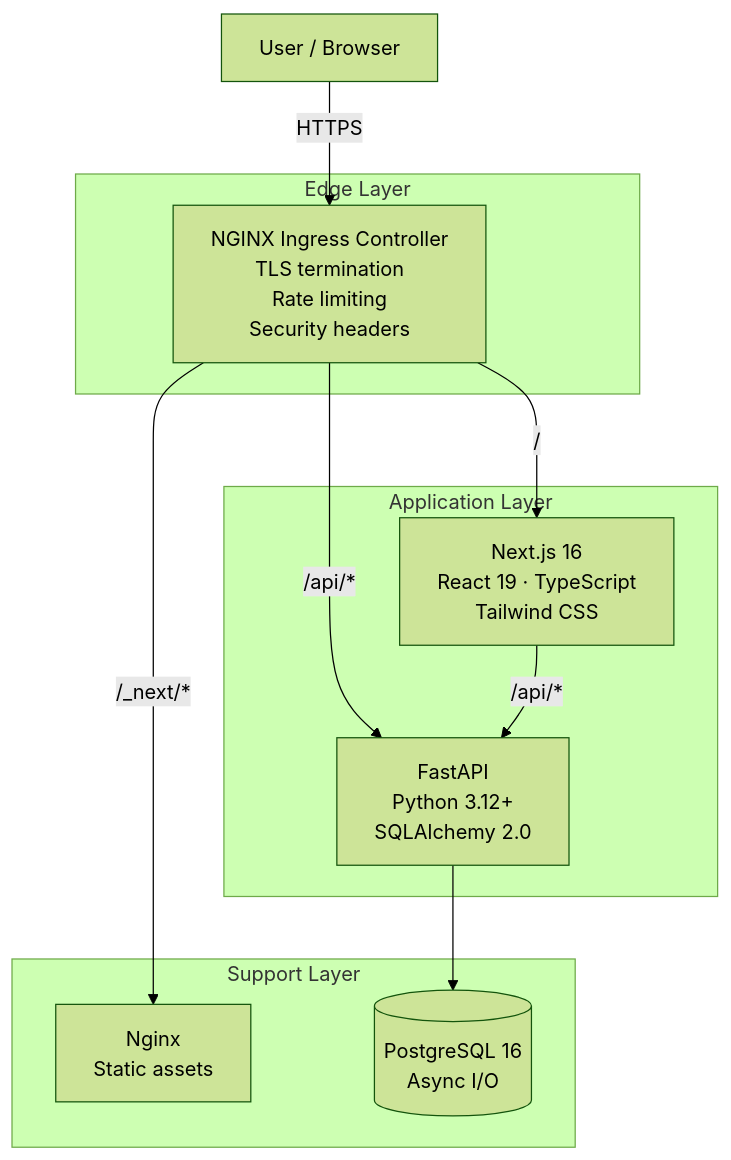
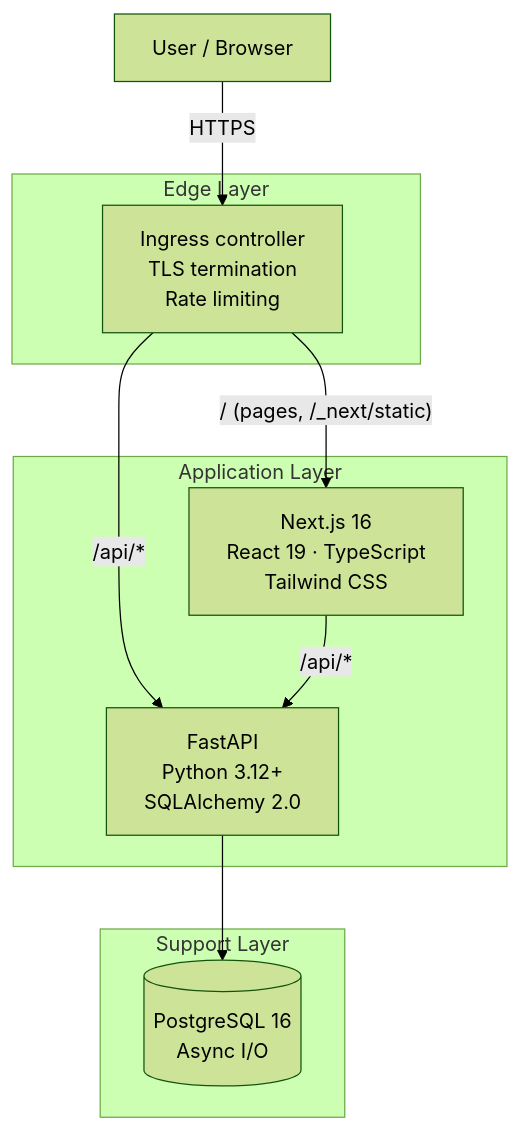
Before and after one commit to berserkhmdvhb/fullstack_template: the first of 6 diagrams in wiki/architecture.md, drawn with Mermaid (forest theme). The commit also changed other lines of this file and 24 other files, not shown here.

Commit message:
docs: describe the two-image architecture; the Next.js server serves its own assets

````diff
--- a/wiki/architecture.md
+++ b/wiki/architecture.md
@@ -23,25 +23,23 @@
 ```mermaid
 flowchart TB
     User["User / Browser"]
 
     subgraph Edge["Edge Layer"]
-        IC["NGINX Ingress Controller<br/>TLS termination<br/>Rate limiting<br/>Security headers"]
+        IC["Ingress controller<br/>TLS termination<br/>Rate limiting"]
     end
 
     subgraph App["Application Layer"]
         FE["Next.js 16<br/>React 19 · TypeScript<br/>Tailwind CSS"]
         BE["FastAPI<br/>Python 3.12+<br/>SQLAlchemy 2.0"]
     end
 
     subgraph Support["Support Layer"]
-        NGINX["Nginx<br/>Static assets"]
         DB[("PostgreSQL 16<br/>Async I/O")]
     end
 
     User -->|"HTTPS"| IC
-    IC -->|"/"| FE
+    IC -->|"/ (pages, /_next/static)"| FE
     IC -->|"/api/*"| BE
-    IC -->|"/_next/*"| NGINX
     FE -->|"/api/*"| BE
     BE --> DB
 ```
````
